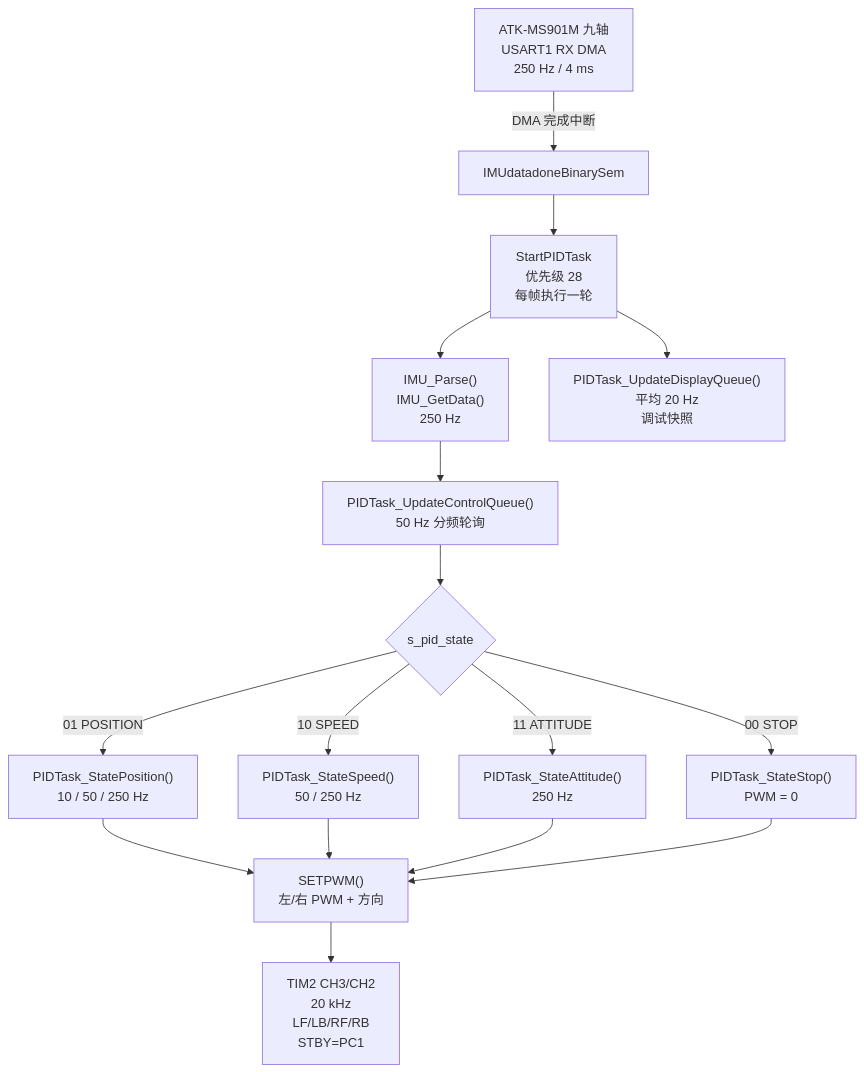
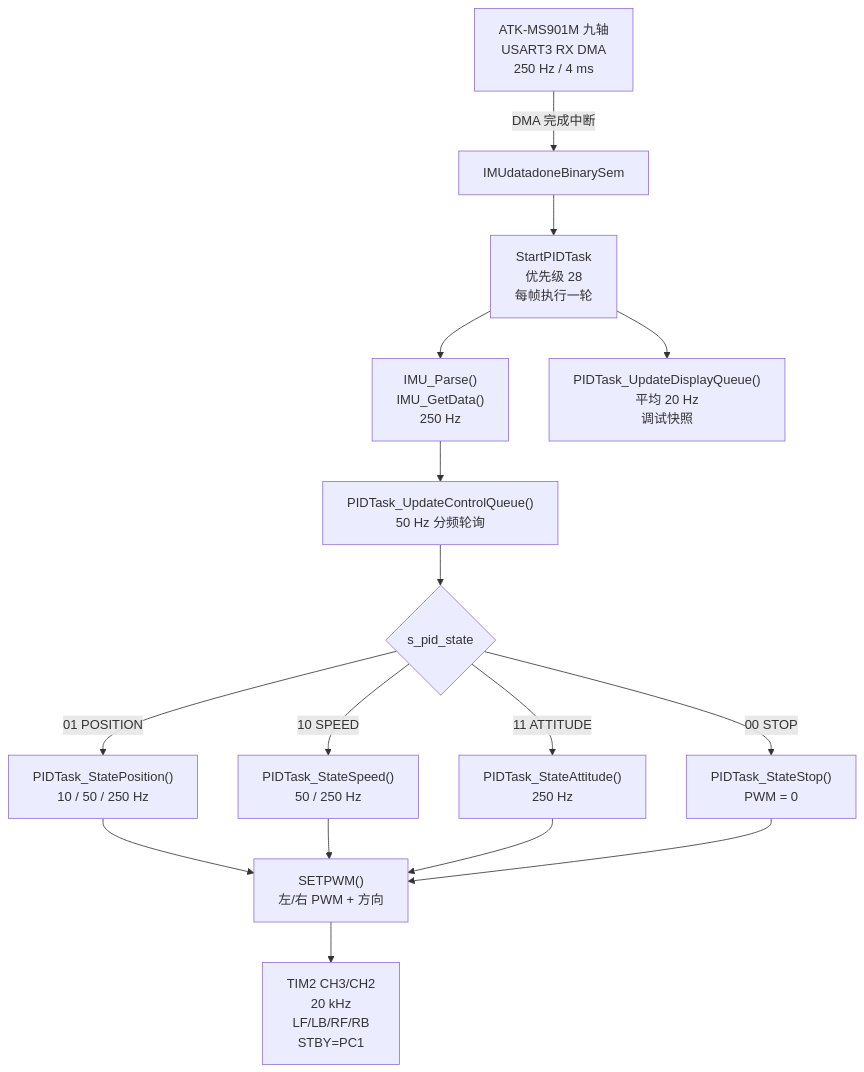
Before and after one commit to zitzengzit-png/CQUelectest2026: the first of 5 diagrams in prj/elet2026/tasks/PID_CONTROL_DIAGRAM.md, drawn with Mermaid. The commit also changed other lines of this file and 19 other files, not shown here.

First line of the commit message:
refactor: migrate OLED to I2C3 and IMU to USART3

````diff
--- a/prj/elet2026/tasks/PID_CONTROL_DIAGRAM.md
+++ b/prj/elet2026/tasks/PID_CONTROL_DIAGRAM.md
@@ -10,18 +10,18 @@
 ```mermaid
 flowchart TD
-    IMU["ATK-MS901M 九轴<br/>USART1 RX DMA<br/>250 Hz / 4 ms"] -->|"DMA 完成中断"| SEM["IMUdatadoneBinarySem"]
+    IMU["ATK-MS901M 九轴<br/>USART3 RX DMA<br/>250 Hz / 4 ms"] -->|"DMA 完成中断"| SEM["IMUdatadoneBinarySem"]
     SEM --> PID["StartPIDTask<br/>优先级 28<br/>每帧执行一轮"]
     PID --> PARSE["IMU_Parse()<br/>IMU_GetData()<br/>250 Hz"]
     PARSE --> CQ["PIDTask_UpdateControlQueue()<br/>50 Hz 分频轮询"]
     CQ --> STATE{"s_pid_state"}
     STATE -->|"00 STOP"| STOP["PIDTask_StateStop()<br/>PWM = 0"]
     STATE -->|"01 POSITION"| POS["PIDTask_StatePosition()<br/>10 / 50 / 250 Hz"]
     STATE -->|"10 SPEED"| SPD["PIDTask_StateSpeed()<br/>50 / 250 Hz"]
     STATE -->|"11 ATTITUDE"| ATT["PIDTask_StateAttitude()<br/>250 Hz"]
     POS --> OUT["SETPWM()<br/>左/右 PWM + 方向"]
     SPD --> OUT
     ATT --> OUT
     STOP --> OUT
     PID --> LCD["PIDTask_UpdateDisplayQueue()<br/>平均 20 Hz<br/>调试快照"]
     OUT --> MOTOR["TIM2 CH3/CH2<br/>20 kHz<br/>LF/LB/RF/RB<br/>STBY=PC1"]
 ```
````
